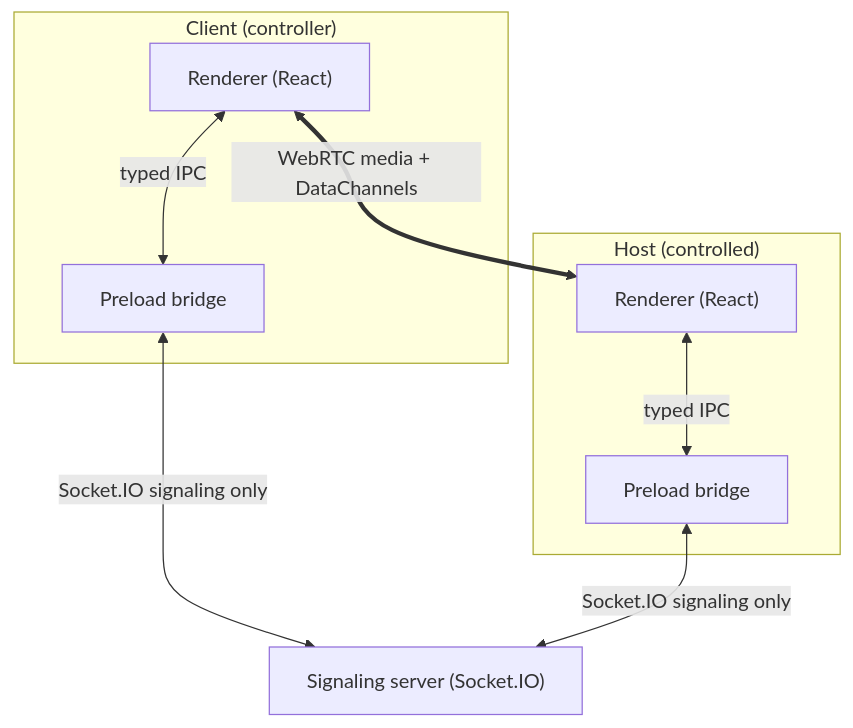
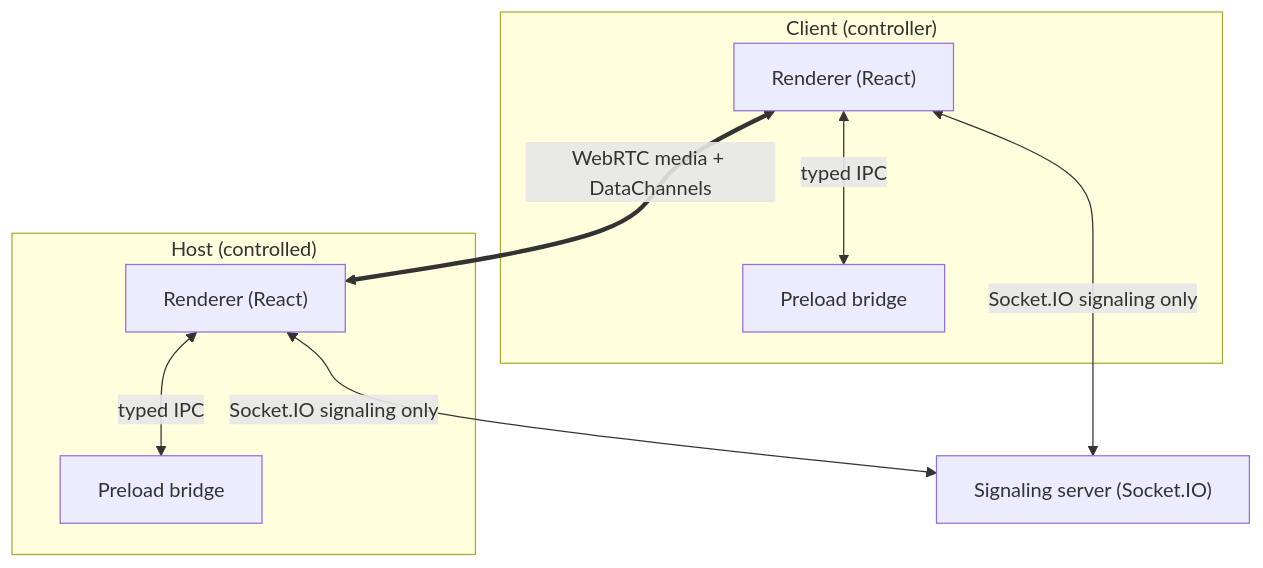
One commit to FatjonMileti/Lantern-Remote changed the diagram in README.md. Above: the diagram before and after it, drawn with Mermaid. The commit also changed other lines of this file and 24 other files, not shown here.

````diff
--- a/README.md
+++ b/README.md
@@ -14,18 +14,18 @@
 ```mermaid
 flowchart TB
   subgraph CLIENT["Client (controller)"]
     CR["Renderer (React)"]
     CP["Preload bridge"]
   end
   subgraph HOST["Host (controlled)"]
     HR["Renderer (React)"]
     HP["Preload bridge"]
   end
   SIG["Signaling server (Socket.IO)"]
 
   CR <-->|typed IPC| CP
   HR <-->|typed IPC| HP
-  CP <-->|Socket.IO signaling only| SIG
-  HP <-->|Socket.IO signaling only| SIG
+  CR <-->|Socket.IO signaling only| SIG
+  HR <-->|Socket.IO signaling only| SIG
   CR <==>|WebRTC media + DataChannels| HR
 ```
````
